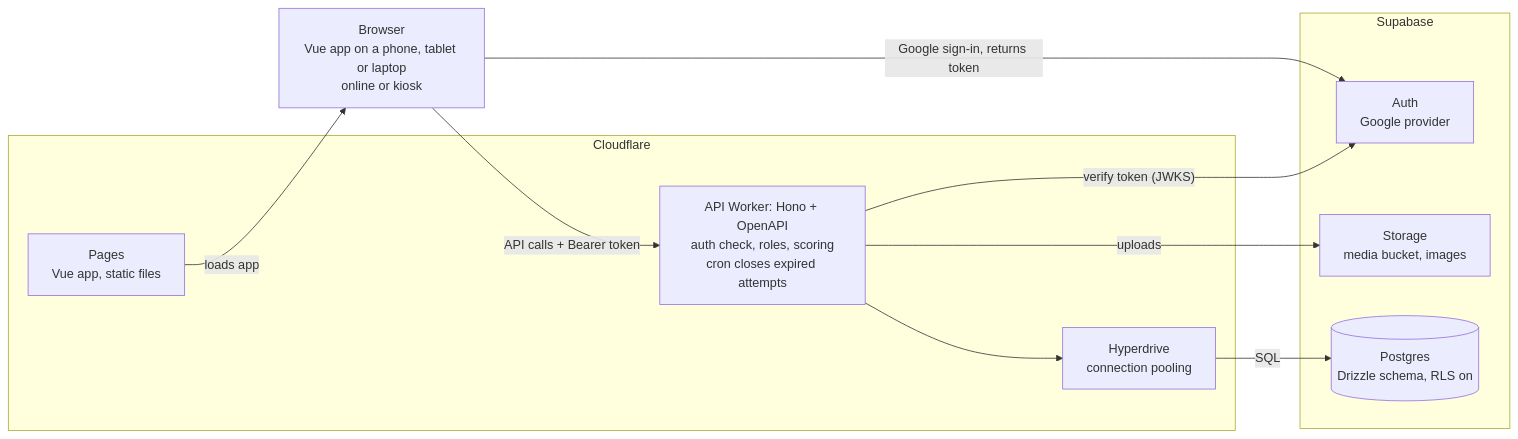
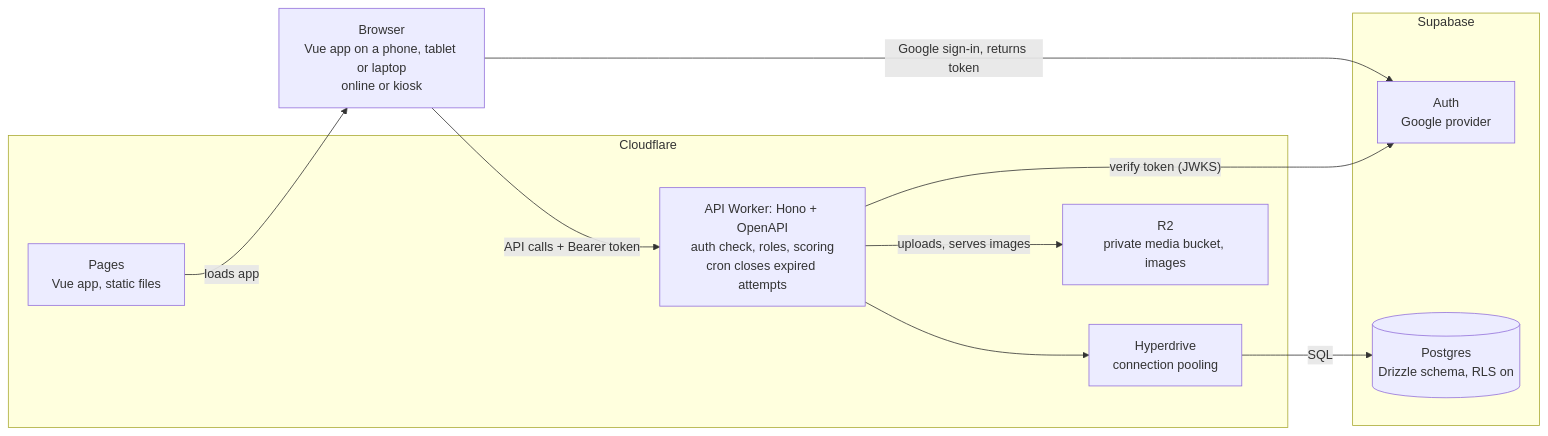
One commit to Cezzyy/Digibridge changed the diagram in docs/TRD.md. Above: the diagram before and after it, drawn with Mermaid. The commit also changed other lines of this file and 13 other files, not shown here.

````diff
--- a/docs/TRD.md
+++ b/docs/TRD.md
@@ -7,21 +7,21 @@
 ```mermaid
 flowchart LR
   B["Browser<br/>Vue app on a phone, tablet or laptop<br/>online or kiosk"]
   subgraph CF["Cloudflare"]
     P["Pages<br/>Vue app, static files"]
     W["API Worker: Hono + OpenAPI<br/>auth check, roles, scoring<br/>cron closes expired attempts"]
     H["Hyperdrive<br/>connection pooling"]
+    R["R2<br/>private media bucket, images"]
   end
   subgraph SB["Supabase"]
     A["Auth<br/>Google provider"]
-    S["Storage<br/>media bucket, images"]
     DB[("Postgres<br/>Drizzle schema, RLS on")]
   end
   P -- "loads app" --> B
   B -- "Google sign-in, returns token" --> A
   B -- "API calls + Bearer token" --> W
   W -- "verify token (JWKS)" --> A
-  W -- "uploads" --> S
+  W -- "uploads, serves images" --> R
   W --> H
   H -- "SQL" --> DB
 ```
````
